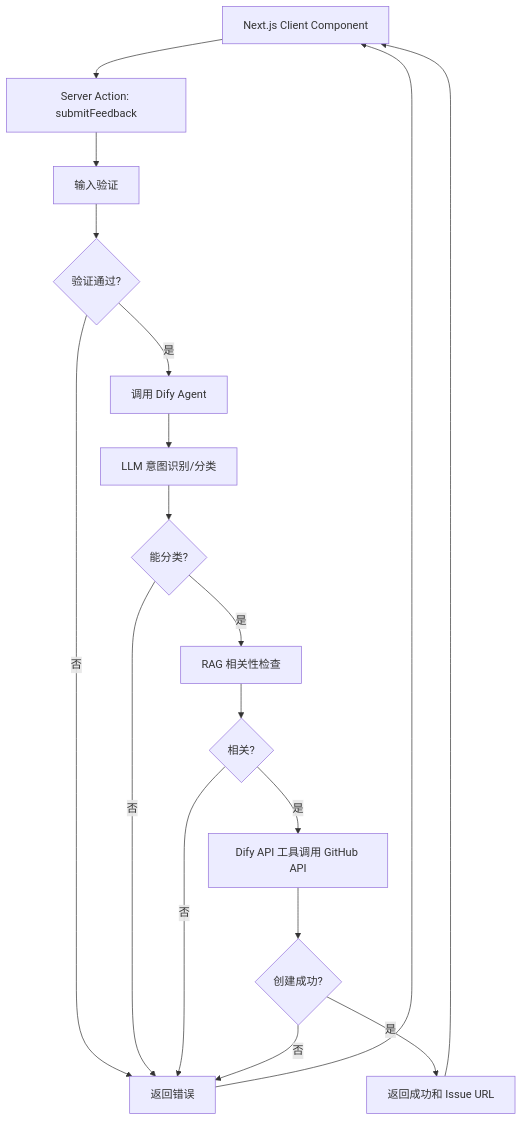
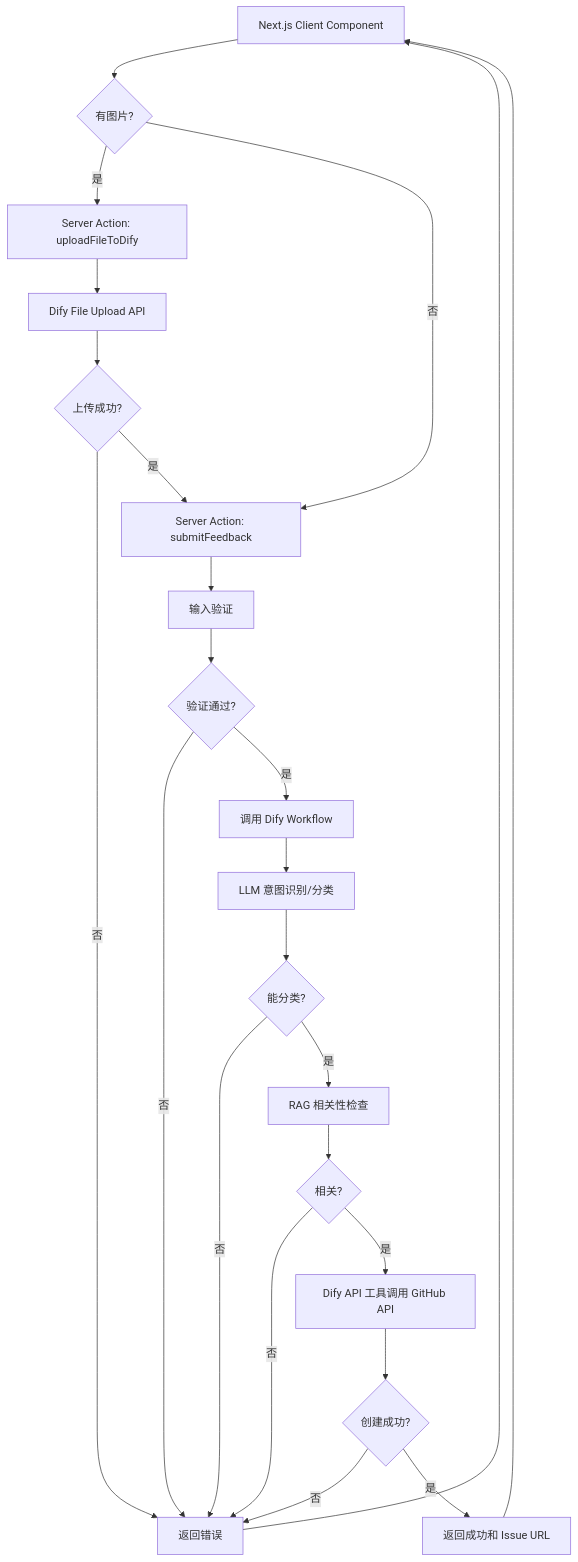
One commit to kxllen0123/playground changed the diagram in .kiro/specs/user-feedback/design.md. Above: the diagram before and after it, drawn with Mermaid. The commit also changed other lines of this file and 47 other files, not shown here.

````diff
--- a/.kiro/specs/user-feedback/design.md
+++ b/.kiro/specs/user-feedback/design.md
@@ -26,20 +28,26 @@
 ```mermaid
 graph TD
-    A[Next.js Client Component] --> B[Server Action: submitFeedback]
-    B --> C[输入验证]
-    C --> D{验证通过?}
-    D -->|否| E[返回错误]
-    D -->|是| F[调用 Dify Agent]
-    F --> G[LLM 意图识别/分类]
-    G --> H{能分类?}
-    H -->|否| E
-    H -->|是| I[RAG 相关性检查]
-    I --> J{相关?}
-    J -->|否| E
-    J -->|是| K[Dify API 工具调用 GitHub API]
-    K --> L{创建成功?}
-    L -->|否| E
-    L -->|是| M[返回成功和 Issue URL]
-    M --> A
-    E --> A
+    A[Next.js Client Component] --> B{有图片?}
+    B -->|是| C[Server Action: uploadFileToDify]
+    B -->|否| D[Server Action: submitFeedback]
+    C --> E[Dify File Upload API]
+    E --> F{上传成功?}
+    F -->|否| G[返回错误]
+    F -->|是| D
+    D --> H[输入验证]
+    H --> I{验证通过?}
+    I -->|否| G
+    I -->|是| J[调用 Dify Workflow]
+    J --> K[LLM 意图识别/分类]
+    K --> L{能分类?}
+    L -->|否| G
+    L -->|是| M[RAG 相关性检查]
+    M --> N{相关?}
+    N -->|否| G
+    N -->|是| O[Dify API 工具调用 GitHub API]
+    O --> P{创建成功?}
+    P -->|否| G
+    P -->|是| Q[返回成功和 Issue URL]
+    Q --> A
+    G --> A
 ```
````
